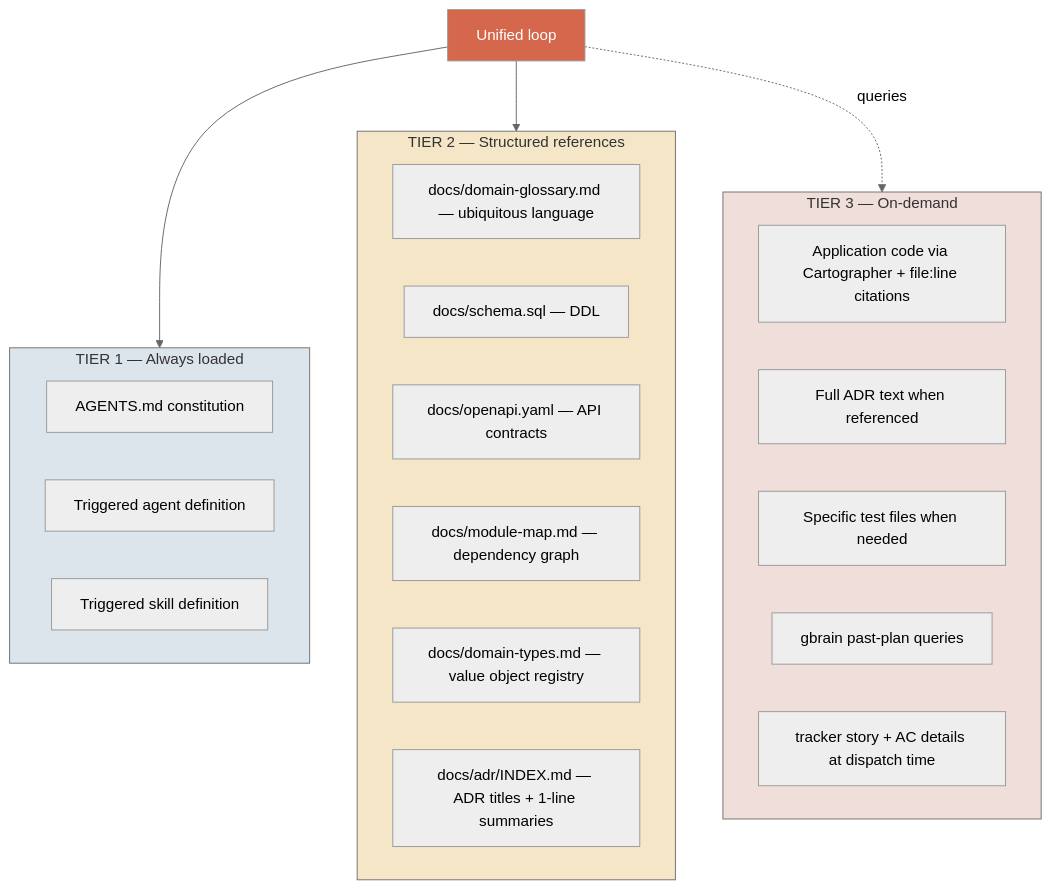
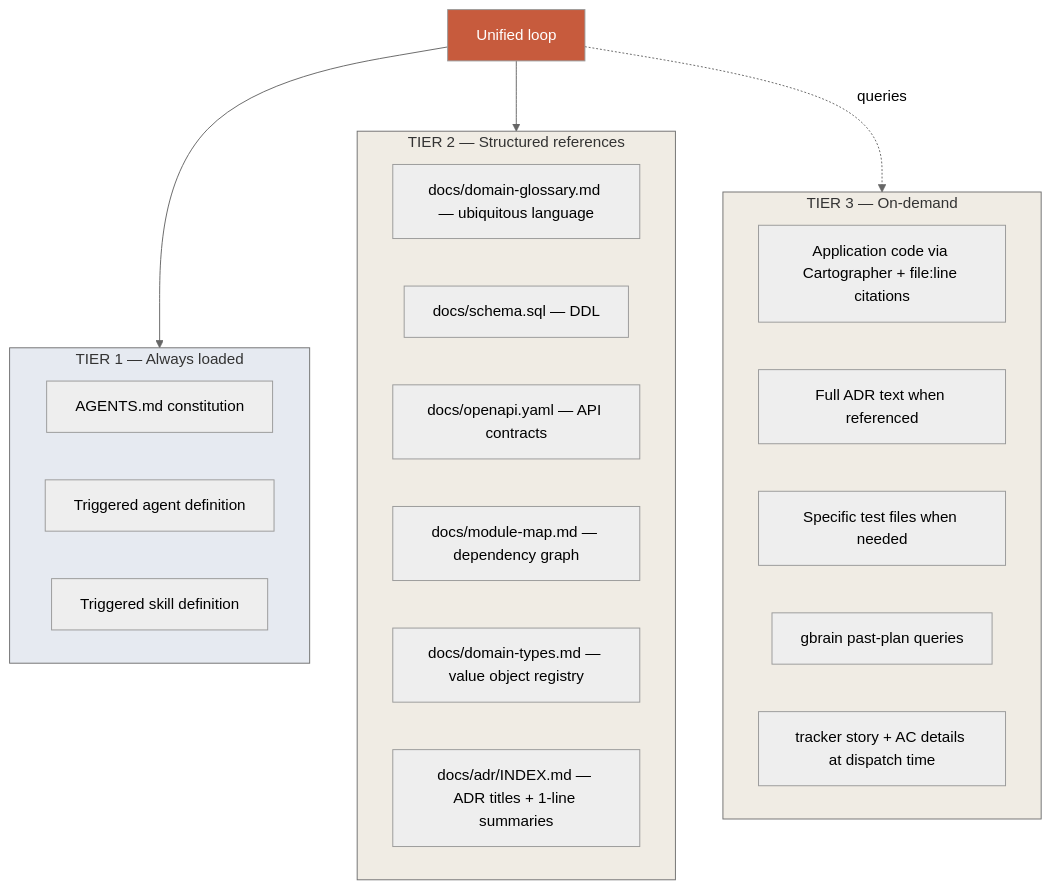
One commit to nlawstudio/ai-refinement-method changed diagram 16 of 17 in METHOD.md. Above: the diagram before and after it, drawn with Mermaid (neutral theme). The commit also changed other lines of this file and 4 other files, not shown here.

````diff
--- a/METHOD.md
+++ b/METHOD.md
@@ -912,34 +912,34 @@
 ```mermaid
 flowchart TB
     subgraph Always["TIER 1 — Always loaded"]
         A1[AGENTS.md constitution]
         A2[Triggered agent definition]
         A3[Triggered skill definition]
     end
 
     subgraph Structured["TIER 2 — Structured references"]
         S0[docs/domain-glossary.md — ubiquitous language]
         S1[docs/schema.sql — DDL]
         S2[docs/openapi.yaml — API contracts]
         S3[docs/module-map.md — dependency graph]
         S4[docs/domain-types.md — value object registry]
         S5[docs/adr/INDEX.md — ADR titles + 1-line summaries]
     end
 
     subgraph OnDemand["TIER 3 — On-demand"]
         O1[Application code via Cartographer + file:line citations]
         O2[Full ADR text when referenced]
         O3[Specific test files when needed]
         O4[gbrain past-plan queries]
         O5[tracker story + AC details at dispatch time]
     end
 
     Loop[Unified loop] --> Always
     Loop --> Structured
     Loop -.queries.-> OnDemand
 
-    style Loop fill:#D5674C,color:#fff
-    style Always fill:#DCE4EC
-    style Structured fill:#F4E6C6
-    style OnDemand fill:#EFDED9
+    style Loop fill:#C75B3D,color:#fff
+    style Always fill:#E6EAF1
+    style Structured fill:#F0ECE4
+    style OnDemand fill:#F0ECE4
 ```
````
